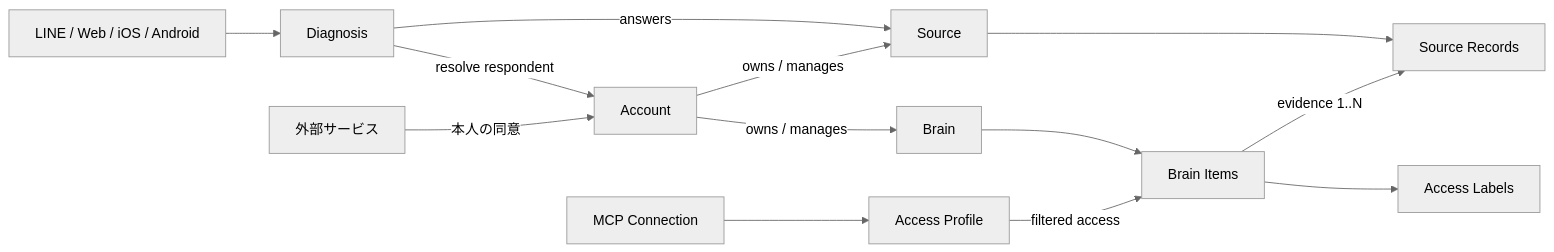
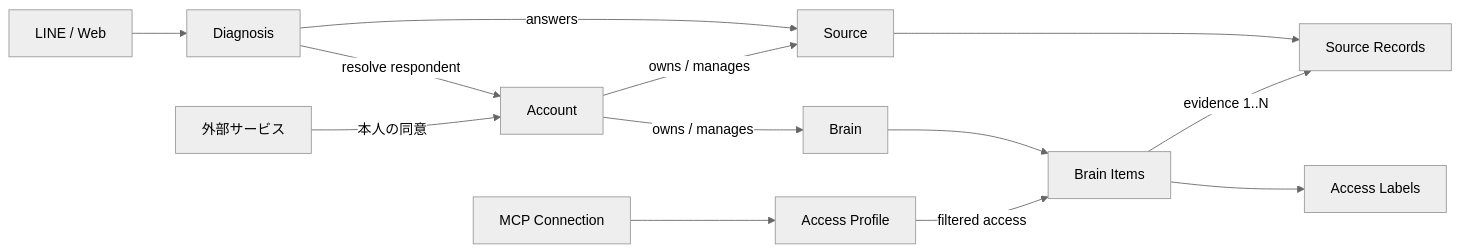
One commit to kkyosuke/me-builder changed the diagram in docs/domain/domain-design.md. Above: the diagram before and after it, drawn with Mermaid (neutral theme). The commit also changed 12 other files, not shown here.

````diff
--- a/docs/domain/domain-design.md
+++ b/docs/domain/domain-design.md
@@ -23,15 +23,15 @@
 ```mermaid
 flowchart LR
-    UI[LINE / Web / iOS / Android] --> Q[Diagnosis]
+    UI[LINE / Web] --> Q[Diagnosis]
     Q -->|resolve respondent| A[Account]
     Q -->|answers| S[Source]
     EXT[外部サービス] -->|本人の同意| A
     A -->|owns / manages| S[Source]
     A -->|owns / manages| B[Brain]
     S --> SR[Source Records]
     B --> I[Brain Items]
     I -->|evidence 1..N| SR
     I --> L[Access Labels]
     MCP[MCP Connection] --> P[Access Profile]
     P -->|filtered access| I
 ```
````
